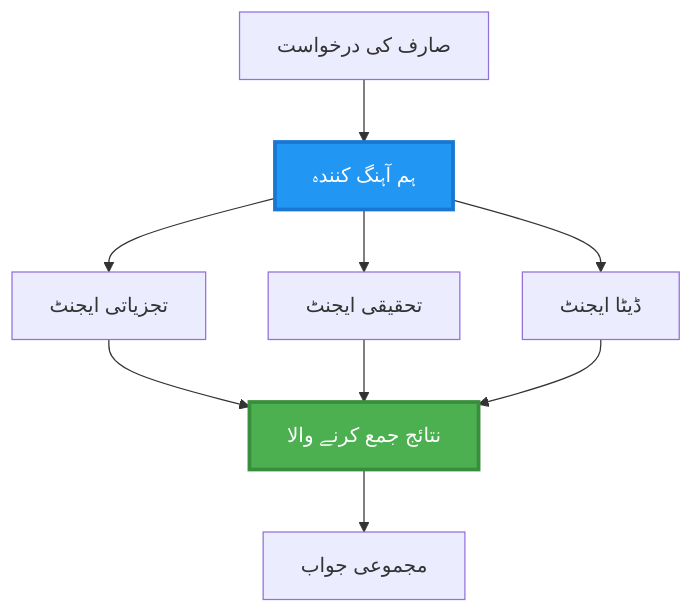
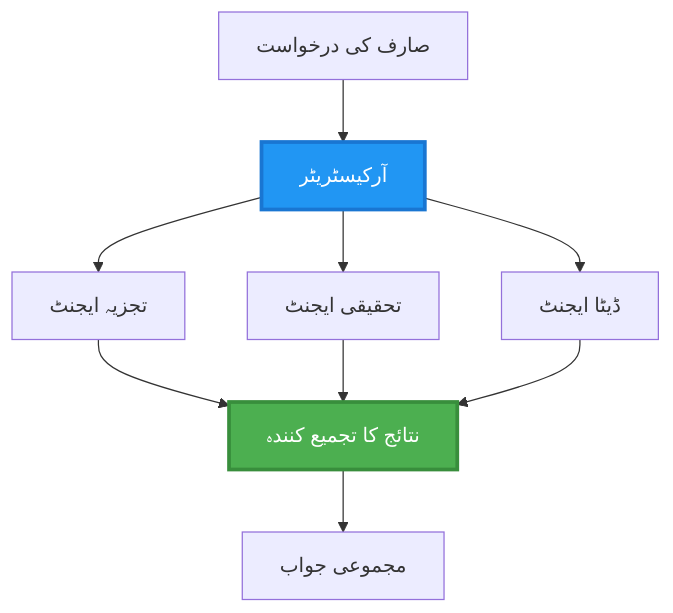
One commit to microsoft/AZD-for-beginners changed the second of 6 diagrams in translations/ur/docs/chapter-06-pre-deployment/coordination-patterns.md. Above: the diagram before and after it, drawn with Mermaid. The commit also changed other lines of this file and 101 other files, not shown here.

````diff
--- a/translations/ur/docs/chapter-06-pre-deployment/coordination-patterns.md
+++ b/translations/ur/docs/chapter-06-pre-deployment/coordination-patterns.md
@@ -108,22 +100,22 @@
 ```mermaid
 graph TB
     User[صارف کی درخواست]
-    Orchestrator[ہم آہنگ کنندہ]
-    Agent1[تجزیاتی ایجنٹ]
+    Orchestrator[آرکیسٹریٹر]
+    Agent1[تجزیہ ایجنٹ]
     Agent2[تحقیقی ایجنٹ]
     Agent3[ڈیٹا ایجنٹ]
-    Aggregator[نتائج جمع کرنے والا]
+    Aggregator[نتائج کا تجمیع کنندہ]
     Response[مجموعی جواب]
     
     User --> Orchestrator
     Orchestrator --> Agent1
     Orchestrator --> Agent2
     Orchestrator --> Agent3
     Agent1 --> Aggregator
     Agent2 --> Aggregator
     Agent3 --> Aggregator
     Aggregator --> Response
     
     style Orchestrator fill:#2196F3,stroke:#1976D2,stroke-width:3px,color:#fff
     style Aggregator fill:#4CAF50,stroke:#388E3C,stroke-width:3px,color:#fff
 ```
````
